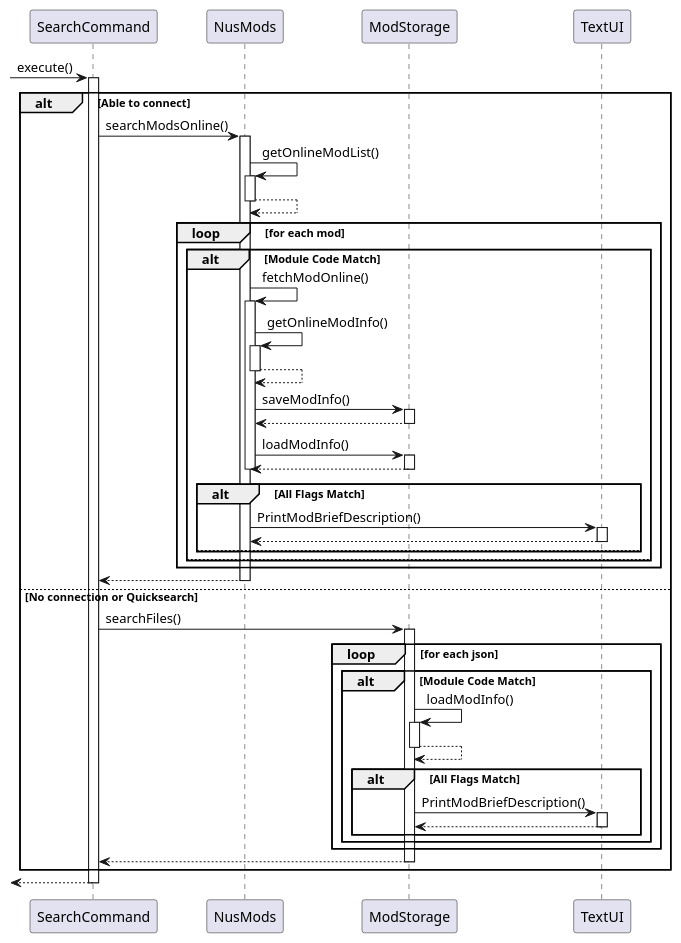
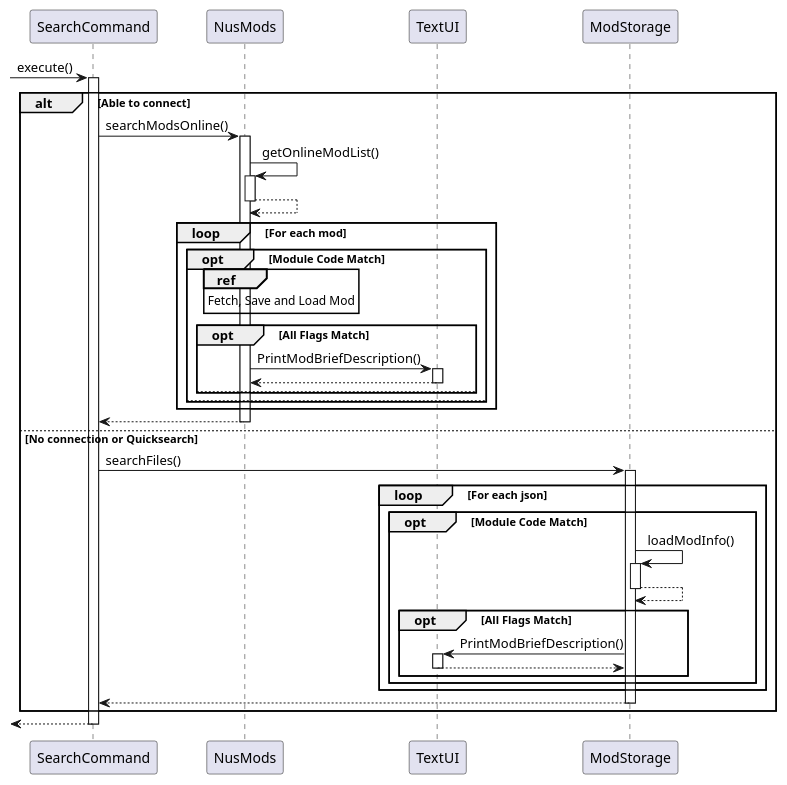
The diagram in docs/uml-diagrams/Search.puml (nus-cs2113-AY2122S1/tp), drawn with PlantUML before and after one commit. The commit also changed 10 other files, not shown here.

```diff
--- a/docs/uml-diagrams/Search.puml
+++ b/docs/uml-diagrams/Search.puml
@@ -1,69 +1,57 @@
 @startuml
 
 [-> SearchCommand : execute()
 activate SearchCommand
 
 alt Able to connect
     SearchCommand -> NusMods : searchModsOnline()
     activate NusMods
     NusMods -> NusMods : getOnlineModList()
     activate NusMods
     NusMods --> NusMods
     deactivate NusMods
-    loop for each mod
-            alt Module Code Match
-                    NusMods -> NusMods : fetchModOnline()
-                    activate NusMods
-                    NusMods -> NusMods : getOnlineModInfo()
-                    activate NusMods
-                    NusMods --> NusMods
-                    deactivate NusMods
-                    NusMods -> ModStorage : saveModInfo()
-                    activate ModStorage
-                    ModStorage --> NusMods
-                    deactivate ModStorage
-                    NusMods -> ModStorage : loadModInfo()
-                    activate ModStorage
-                    ModStorage --> NusMods
-                    deactivate ModStorage
-                    deactivate NusMods
-                alt All Flags Match
+    loop For each mod
+            opt Module Code Match
+                ref over NusMods
+                    Fetch, Save and Load Mod
+                end ref
+                opt All Flags Match
                     NusMods -> TextUI : PrintModBriefDescription()
                     activate TextUI
                     TextUI --> NusMods
                     deactivate TextUI
                 else
                 end
             else
             end
     end
     NusMods --> SearchCommand
     deactivate NusMods
 
 else No connection or Quicksearch
 
     SearchCommand -> ModStorage : searchFiles()
     activate ModStorage
-    loop for each json
-        alt Module Code Match
+    loop For each json
+        opt Module Code Match
             ModStorage -> ModStorage : loadModInfo()
             activate ModStorage
             ModStorage --> ModStorage
             deactivate ModStorage
-            alt All Flags Match
+            opt All Flags Match
                 ModStorage -> TextUI : PrintModBriefDescription()
                 activate TextUI
                 TextUI --> ModStorage
                 deactivate TextUI
             end
         end
     end
     ModStorage --> SearchCommand
     deactivate ModStorage
 
 end
 
 <-- SearchCommand
 deactivate SearchCommand
 
 @enduml
```
